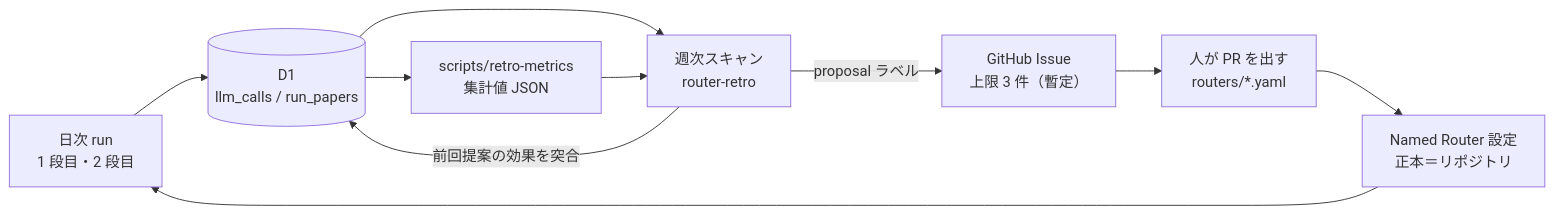
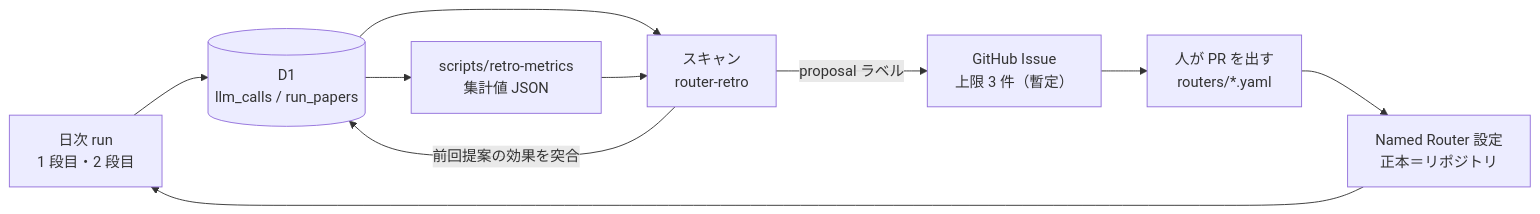
One commit to uzak0209/AI-Research changed the fifth of 5 diagrams in docs/adr/0005-cloud-trend-survey-model-tiering.md. Above: the diagram before and after it, drawn with Mermaid. The commit also changed other lines of this file and 2 other files, not shown here.

````diff
--- a/docs/adr/0005-cloud-trend-survey-model-tiering.md
+++ b/docs/adr/0005-cloud-trend-survey-model-tiering.md
@@ -398,12 +398,12 @@
 ```mermaid
 flowchart LR
     run["日次 run<br/>1 段目・2 段目"] --> d1[("D1<br/>llm_calls / run_papers")]
-    d1 --> scan["週次スキャン<br/>router-retro"]
+    d1 --> scan["スキャン<br/>router-retro"]
     d1 --> mx["scripts/retro-metrics<br/>集計値 JSON"]
     mx --> scan
     scan -->|"proposal ラベル"| iss["GitHub Issue<br/>上限 3 件（暫定）"]
     iss --> pr["人が PR を出す<br/>routers/*.yaml"]
     pr --> cfg["Named Router 設定<br/>正本＝リポジトリ"]
     cfg --> run
     scan -->|"前回提案の効果を突合"| d1
 ```
````
